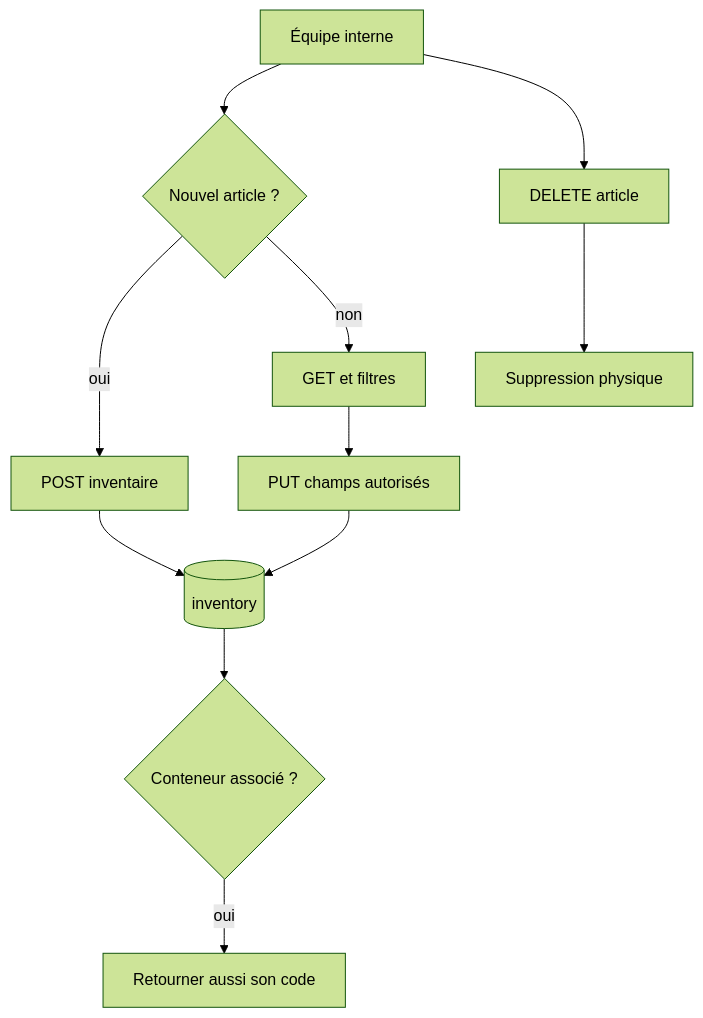
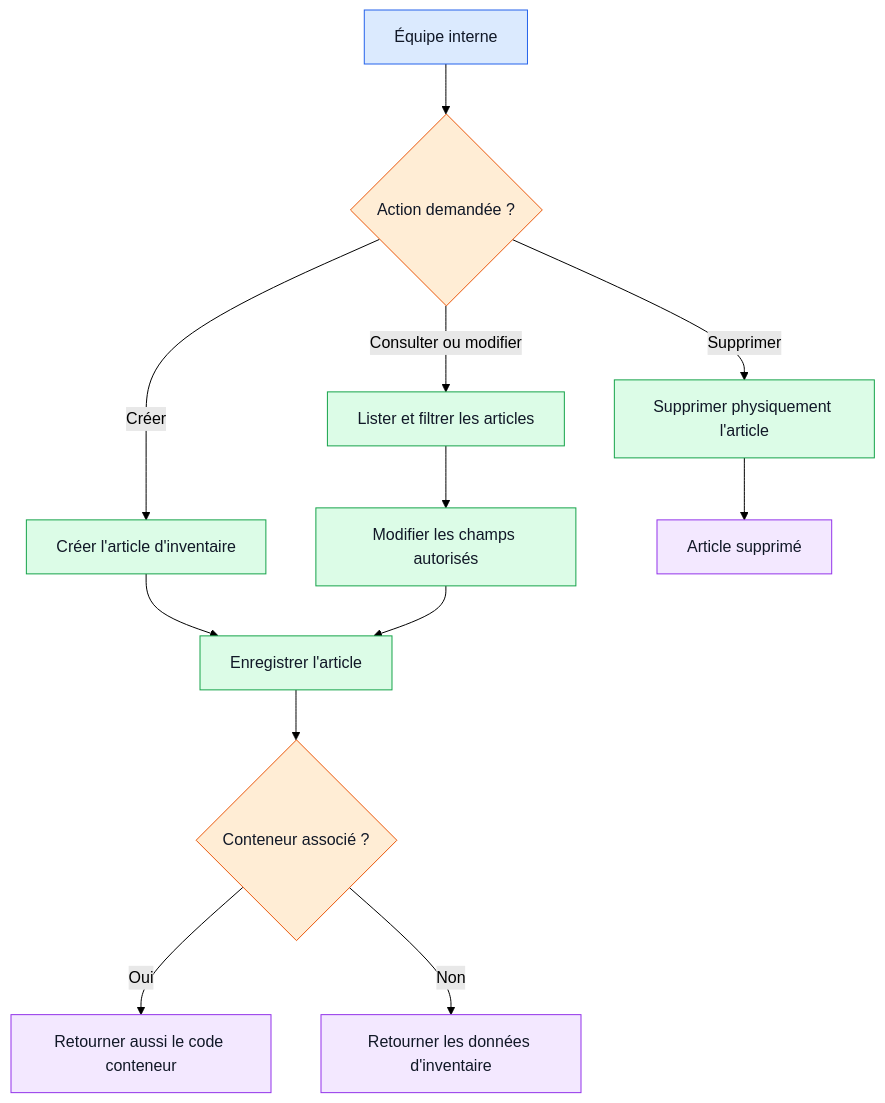
Before and after one commit to LordVERTON/danemo-website: the second of 2 diagrams in docs/workflows/06-inventaire-et-suppression.md, drawn with Mermaid (forest theme). The commit also changed other lines of this file and 8 other files, not shown here.

Commit message:
docs(workflows): add sequence and simplified diagrams

````diff
--- a/docs/workflows/06-inventaire-et-suppression.md
+++ b/docs/workflows/06-inventaire-et-suppression.md
@@ -29,13 +51,23 @@
 ```mermaid
 flowchart TD
-  A[Équipe interne] --> B{Nouvel article ?}
-  B -- oui --> C[POST inventaire]
-  B -- non --> D[GET et filtres]
-  D --> E[PUT champs autorisés]
-  C --> F[(inventory)]
+  A[Équipe interne] --> B{Action demandée ?}
+  B -- Créer --> C[Créer l'article d'inventaire]
+  B -- Consulter ou modifier --> D[Lister et filtrer les articles]
+  D --> E[Modifier les champs autorisés]
+  C --> F[Enregistrer l'article]
   E --> F
   F --> G{Conteneur associé ?}
-  G -- oui --> H[Retourner aussi son code]
-  A --> I[DELETE article]
-  I --> J[Suppression physique]
+  G -- Oui --> H[Retourner aussi le code conteneur]
+  G -- Non --> I[Retourner les données d'inventaire]
+  B -- Supprimer --> J[Supprimer physiquement l'article]
+  J --> K[Article supprimé]
+
+  classDef actor fill:#dbeafe,stroke:#2563eb,color:#111827;
+  classDef control fill:#ffedd5,stroke:#ea580c,color:#111827;
+  classDef action fill:#dcfce7,stroke:#16a34a,color:#111827;
+  classDef result fill:#f3e8ff,stroke:#9333ea,color:#111827;
+  class A actor;
+  class B,G control;
+  class C,D,E,F,J action;
+  class H,I,K result;
 ```
````
